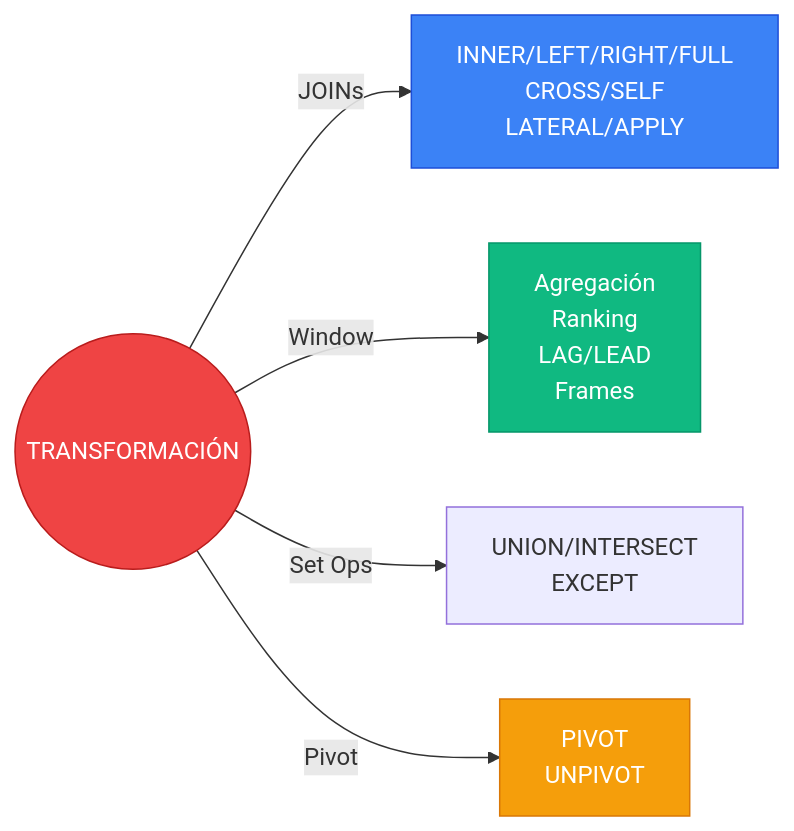
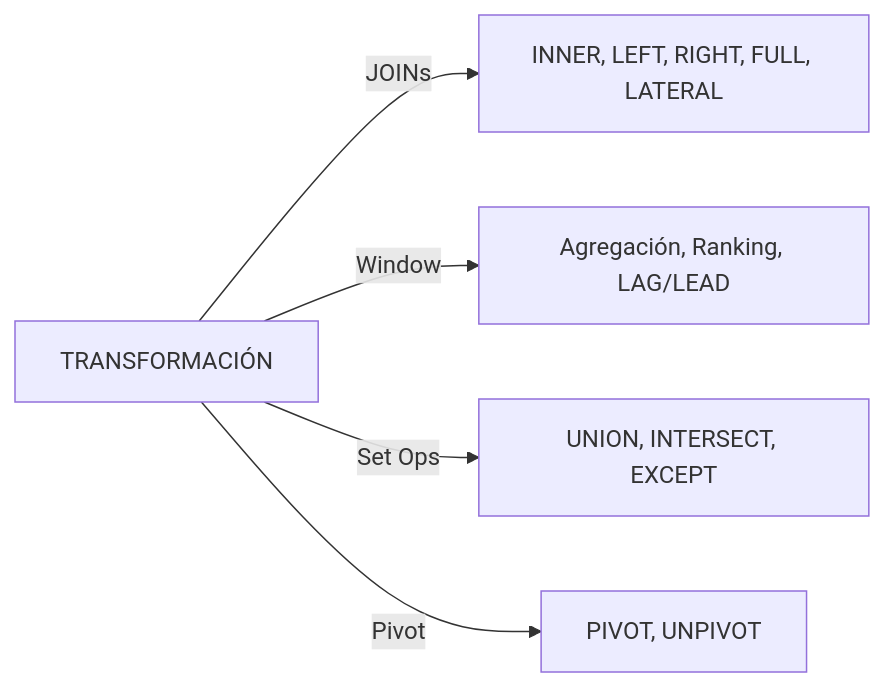
One commit to rraulherediaa/PracticasEstructurasDatos changed the sixth of 12 diagrams in diagramas.md. Above: the diagram before and after it, drawn with Mermaid. The commit also changed other lines of this file and 1 other file, not shown here.

Commit message:
fix: simplificar diagramas Mermaid al máximo para asegurar compatibilidad total

````diff
--- a/diagramas.md
+++ b/diagramas.md
@@ -125,18 +76,9 @@
 ```mermaid
 flowchart LR
-    Trans(("TRANSFORMACIÓN"))
+    Trans["TRANSFORMACIÓN"]
     
-    Trans -->|JOINs| JOIN["INNER/LEFT/RIGHT/FULL<br/>CROSS/SELF<br/>LATERAL/APPLY"]
-    Trans -->|Window| WIN["Agregación<br/>Ranking<br/>LAG/LEAD<br/>Frames"]
-    Trans -->|Set Ops| SET["UNION/INTERSECT<br/>EXCEPT"]
-    Trans -->|Pivot| PIV["PIVOT<br/>UNPIVOT"]
-
-    classDef core fill:#ef4444,color:#fff,stroke:#b91c1c
-    classDef join fill:#3b82f6,color:#fff,stroke:#1d4ed8
-    classDef window fill:#10b981,color:#fff,stroke:#059669
-    classDef transform fill:#f59e0b,color:#fff,stroke:#d97706
-    class Trans core
-    class JOIN join
-    class WIN window
-    class PIV transform
+    Trans -->|JOINs| JOIN["INNER, LEFT, RIGHT, FULL, LATERAL"]
+    Trans -->|Window| WIN["Agregación, Ranking, LAG/LEAD"]
+    Trans -->|Set Ops| SET["UNION, INTERSECT, EXCEPT"]
+    Trans -->|Pivot| PIV["PIVOT, UNPIVOT"]
 ```
````
